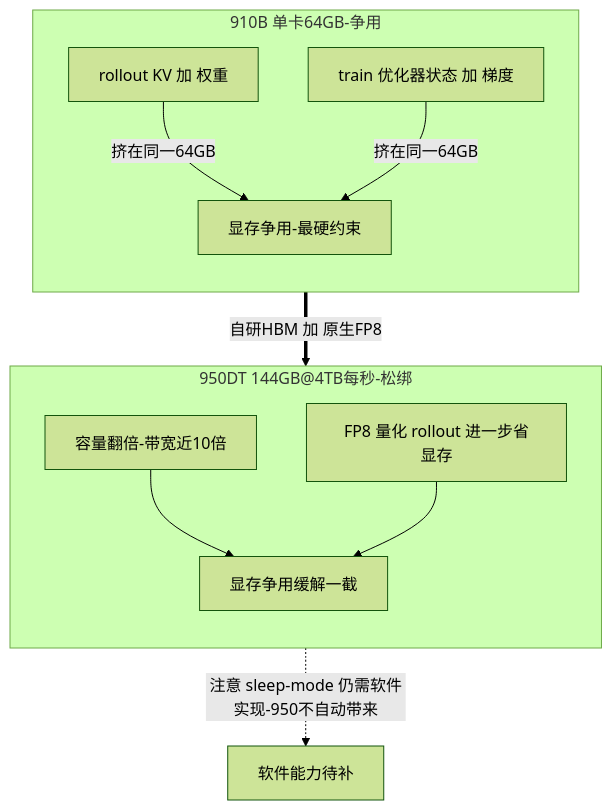
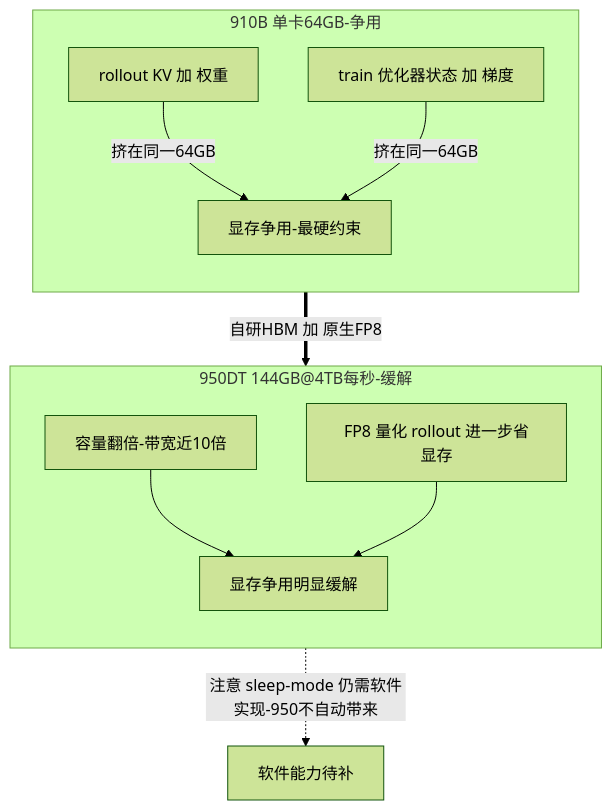
Before and after one commit to lloo099/mission44: the first of 4 diagrams in docs/blog/dispatch-03-ascend-950.md, drawn with Mermaid (forest theme). The commit also changed other lines of this file and 22 other files, not shown here.

````diff
--- a/docs/blog/dispatch-03-ascend-950.md
+++ b/docs/blog/dispatch-03-ascend-950.md
@@ -30,19 +30,19 @@
 ```mermaid
 flowchart TB
   subgraph B910 ["910B 单卡64GB-争用"]
     direction TB
     M1["rollout KV 加 权重"]
     M2["train 优化器状态 加 梯度"]
     M1 -->|"挤在同一64GB"| CONF["显存争用-最硬约束"]
     M2 -->|"挤在同一64GB"| CONF
   end
-  subgraph D950 ["950DT 144GB@4TB每秒-松绑"]
+  subgraph D950 ["950DT 144GB@4TB每秒-缓解"]
     direction TB
     N1["容量翻倍-带宽近10倍"]
     N2["FP8 量化 rollout 进一步省显存"]
-    N1 --> EASE["显存争用缓解一截"]
+    N1 --> EASE["显存争用明显缓解"]
     N2 --> EASE
   end
   B910 ==>|"自研HBM 加 原生FP8"| D950
   EASE -. "注意 sleep-mode 仍需软件实现-950不自动带来" .-> SW["软件能力待补"]
 ```
````
